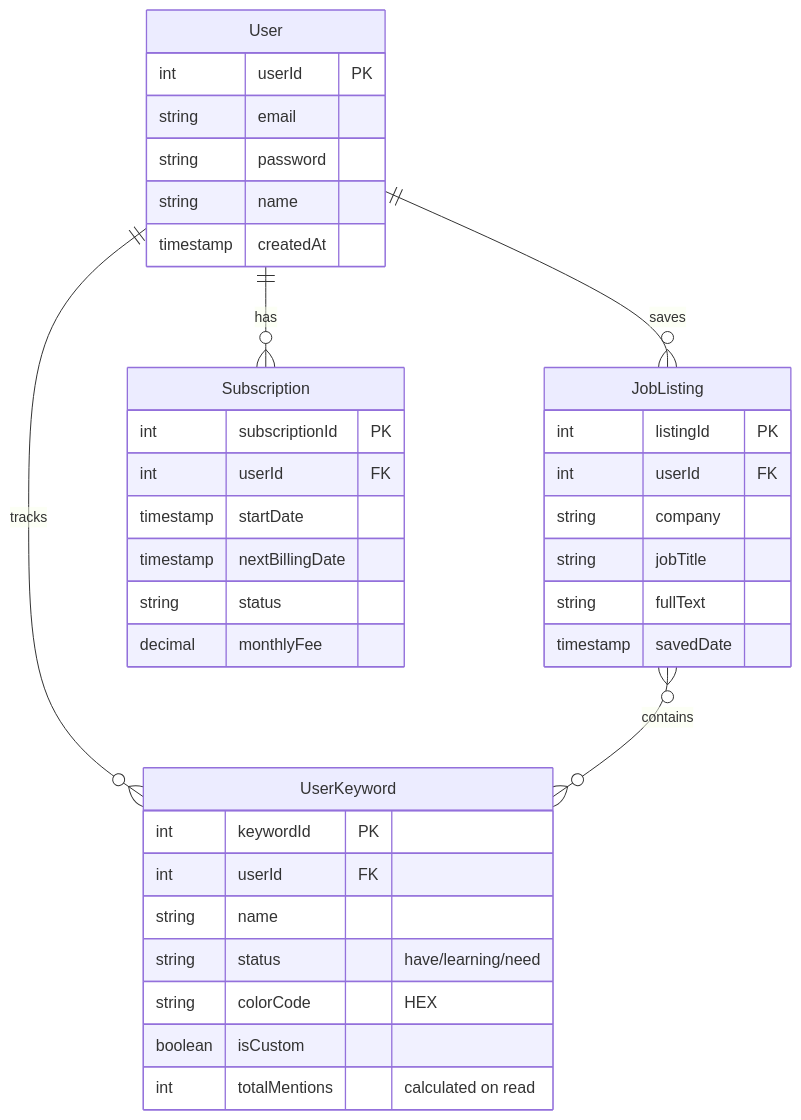
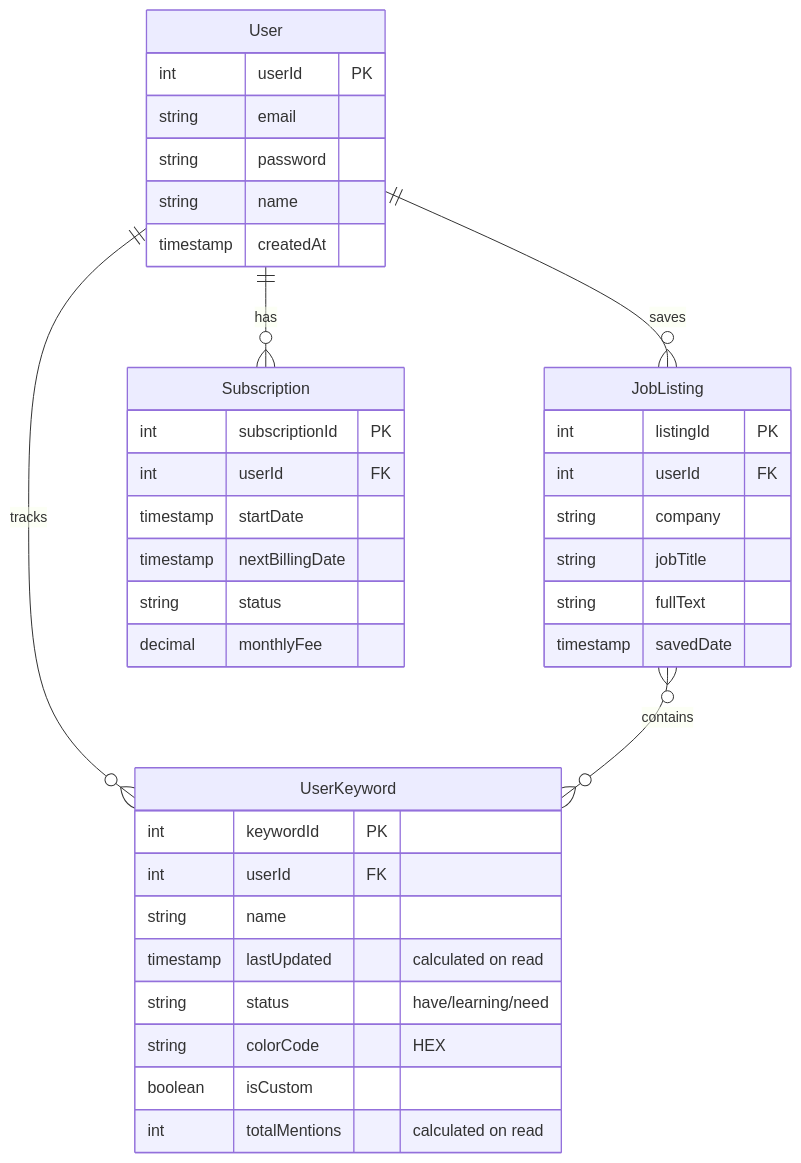
The diagram in docs/docs/diagrams/ERD.md (lmcrean/tributary), drawn with Mermaid before and after one commit.

Commit message:
Update ERD: Add lastUpdated timestamp to Keyword entity

````diff
--- a/docs/docs/diagrams/ERD.md
+++ b/docs/docs/diagrams/ERD.md
@@ -3,43 +3,44 @@
 ```mermaid
 erDiagram
     User ||--o{ JobListing : saves
     User ||--o{ UserKeyword : tracks
     User ||--o{ Subscription : has
     JobListing }o--o{ UserKeyword : contains
     
     User {
         int userId PK
         string email
         string password
         string name
         timestamp createdAt
     }
     
     Subscription {
         int subscriptionId PK
         int userId FK
         timestamp startDate
         timestamp nextBillingDate
         string status
         decimal monthlyFee
     }
     
     JobListing {
         int listingId PK
         int userId FK
         string company
         string jobTitle
         string fullText
         timestamp savedDate
     }
     
     UserKeyword {
         int keywordId PK
         int userId FK
         string name
+        timestamp lastUpdated "calculated on read"
         string status "have/learning/need"
         string colorCode "HEX"
         boolean isCustom
         int totalMentions "calculated on read"
     }
 ```
````
